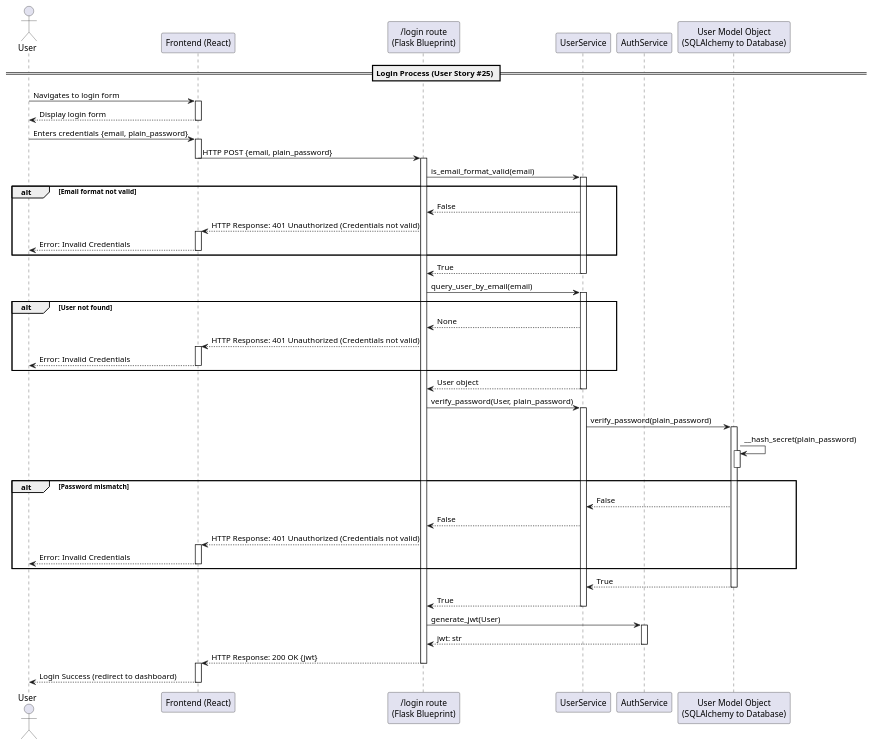
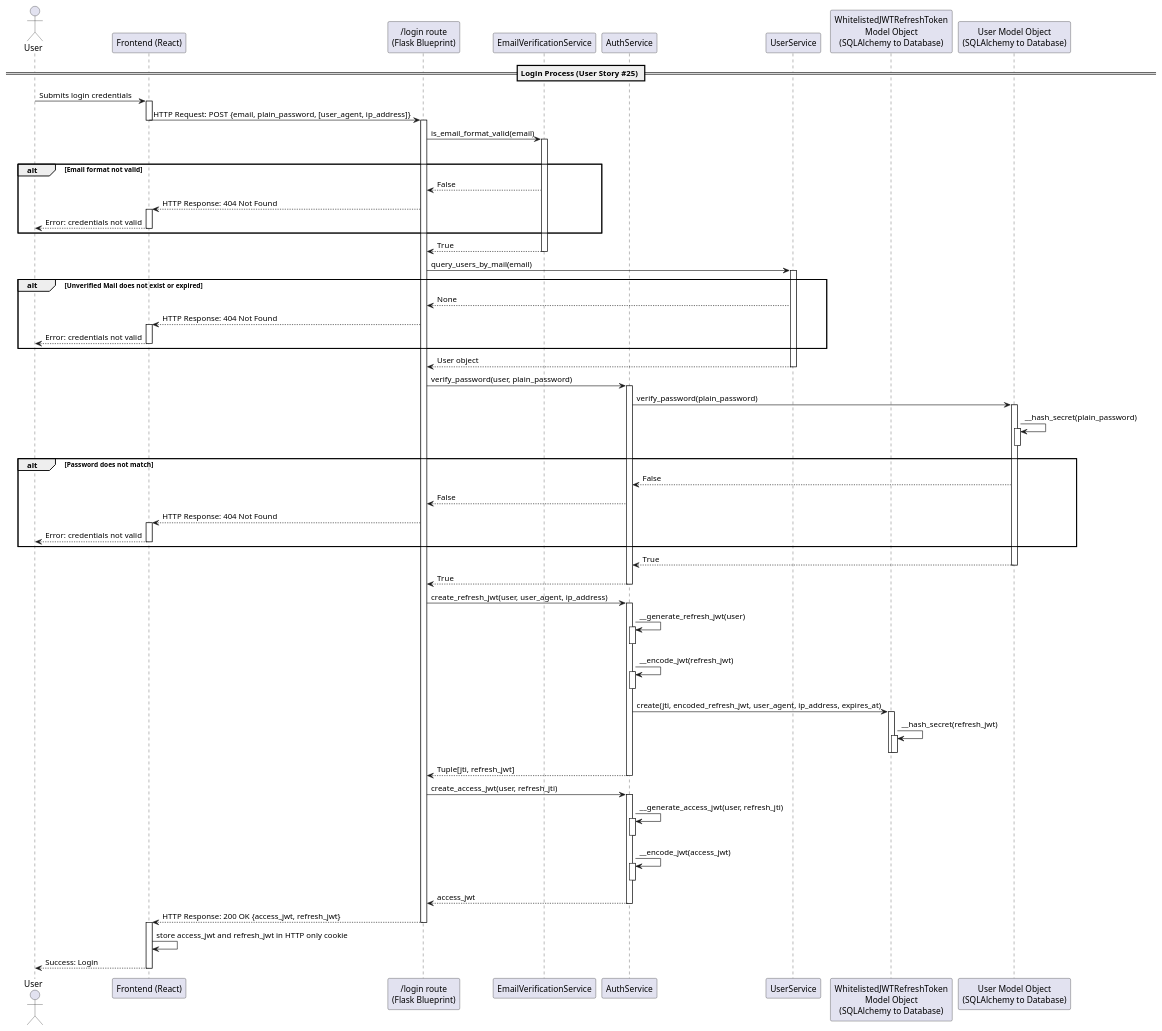
One commit to dominikoetiker/TheMentalLoadHub changed the diagram in docs/diagrams/uml/sequence/login.puml. Above: the diagram before and after it, drawn with PlantUML. The commit also changed 2 other files, not shown here.

Commit message:
Refactor login sequence to enhance JWT handling and validation.
Updated the UML diagrams to reflect changes in the login flow, including improved email verification, password checks, and JWT generation. Introduced refresh token creation with additional parameters for better security and updated interactions across services. These changes align with the refined authentication logic.

```diff
--- a/docs/diagrams/uml/sequence/login.puml
+++ b/docs/diagrams/uml/sequence/login.puml
@@ -1,71 +1,91 @@
 @startuml
 actor "User" as AppUser
 participant "Frontend (React)" as FE
 participant "/login route\n(Flask Blueprint)" as LR
+participant "EmailVerificationService" as ES
+participant "AuthService" as AS
 participant "UserService" as US
-participant "AuthService" as AS
+participant "WhitelistedJWTRefreshToken\nModel Object\n(SQLAlchemy to Database)" as WM
 participant "User Model Object\n(SQLAlchemy to Database)" as UM
 
 == Login Process (User Story #25) ==
-AppUser -> FE : Navigates to login form
+AppUser -> FE: Submits login credentials
 activate FE
-AppUser <-- FE : Display login form
-deactivate FE
-AppUser -> FE : Enters credentials {email, plain_password}
-activate FE
-FE -> LR : HTTP POST {email, plain_password}
+FE -> LR : HTTP Request: POST {email, plain_password, [user_agent, ip_address]}
 deactivate FE
 activate LR
-LR -> US : is_email_format_valid(email)
-activate US
+LR -> ES : is_email_format_valid(email)
+activate ES
+alt
 alt Email format not valid
-    LR <-- US : False
-    FE <-- LR : HTTP Response: 401 Unauthorized (Credentials not valid)
+    LR <-- ES : False
+    FE <-- LR : HTTP Response: 404 Not Found
     activate FE
-    AppUser <-- FE : Error: Invalid Credentials
+    AppUser <-- FE : Error: credentials not valid
     deactivate FE
 end
-LR <-- US : True
-deactivate US
-LR -> US : query_user_by_email(email)
+LR <-- ES : True
+deactivate ES
+LR -> US : query_users_by_mail(email)
 activate US
-alt User not found
+alt Unverified Mail does not exist or expired
     LR <-- US : None
-    FE <-- LR : HTTP Response: 401 Unauthorized (Credentials not valid)
+    FE <-- LR : HTTP Response: 404 Not Found
     activate FE
-    AppUser <-- FE : Error: Invalid Credentials
+    AppUser <-- FE : Error: credentials not valid
     deactivate FE
 end
 LR <-- US : User object
 deactivate US
-
-LR -> US : verify_password(User, plain_password)
-activate US
-US -> UM : verify_password(plain_password)
+LR -> AS : verify_password(user, plain_password)
+activate AS
+AS -> UM : verify_password(plain_password)
 activate UM
 UM -> UM : __hash_secret(plain_password)
 activate UM
 deactivate UM
-alt Password mismatch
-    US <-- UM : False
-    LR <-- US : False
-    FE <-- LR : HTTP Response: 401 Unauthorized (Credentials not valid)
+alt Password does not match
+    AS <-- UM : False
+    LR <-- AS : False
+    FE <-- LR : HTTP Response: 404 Not Found
     activate FE
-    AppUser <-- FE : Error: Invalid Credentials
+    AppUser <-- FE : Error: credentials not valid
     deactivate FE
 end
-US <-- UM : True
+AS <-- UM : True
 deactivate UM
-LR <-- US : True
-deactivate US
-
-LR -> AS : generate_jwt(User)
+LR <-- AS : True
+deactivate AS
+LR -> AS : create_refresh_jwt(user, user_agent, ip_address)
 activate AS
-LR <-- AS : jwt: str
+AS -> AS : __generate_refresh_jwt(user)
+activate AS
 deactivate AS
-FE <-- LR : HTTP Response: 200 OK {jwt}
+AS -> AS : __encode_jwt(refresh_jwt)
+activate AS
+deactivate AS
+AS -> WM : create(jti, encoded_refresh_jwt, user_agent, ip_address, expires_at)
+activate WM
+WM -> WM : __hash_secret(refresh_jwt)
+activate WM
+deactivate WM
+deactivate WM
+LR <-- AS : Tuple[jti, refresh_jwt]
+deactivate AS
+LR -> AS : create_access_jwt(user, refresh_jti)
+activate AS
+AS -> AS : __generate_access_jwt(user, refresh_jti)
+activate AS
+deactivate AS
+AS -> AS : __encode_jwt(access_jwt)
+activate AS
+deactivate AS
+LR <-- AS : access_jwt
+deactivate AS
+FE <-- LR : HTTP Response: 200 OK {access_jwt, refresh_jwt}
 deactivate LR
 activate FE
-AppUser <-- FE : Login Success (redirect to dashboard)
+FE -> FE : store access_jwt and refresh_jwt in HTTP only cookie
+AppUser <-- FE : Success: Login
 deactivate FE
 @enduml
```
